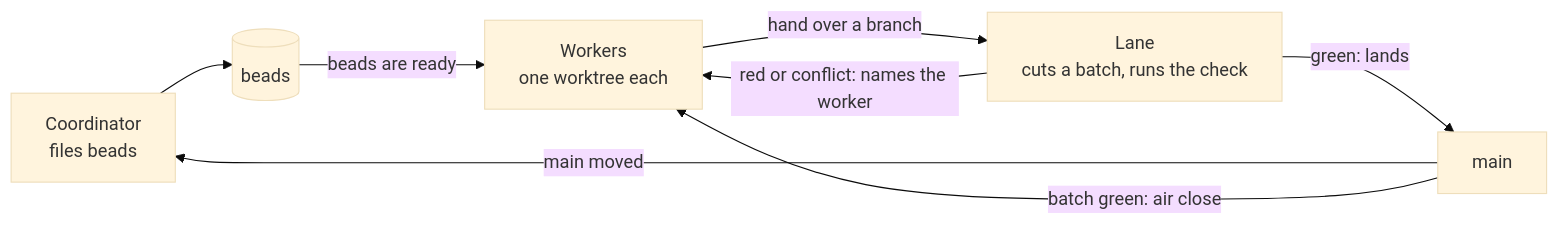
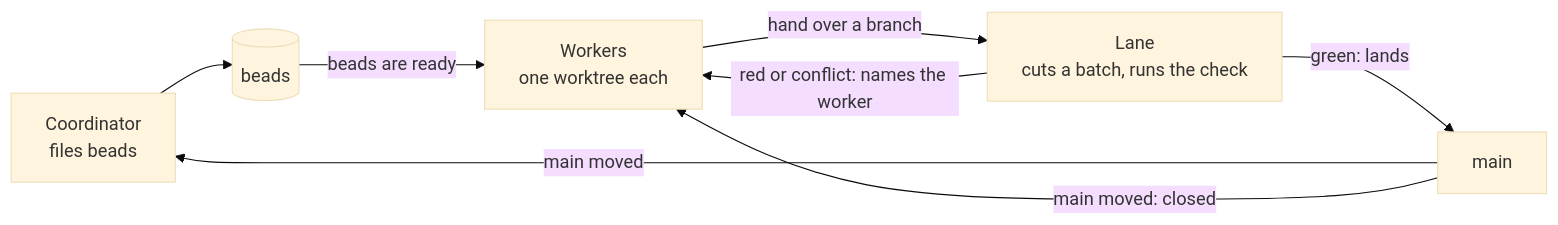
One commit to AJTJ/airunner changed the diagram in README.md. Above: the diagram before and after it, drawn with Mermaid (base theme). The commit also changed other lines of this file and 12 other files, not shown here.

````diff
--- a/README.md
+++ b/README.md
@@ -54,10 +54,10 @@
 ```mermaid
 flowchart LR
     C[Coordinator<br/>files beads] --> Q[(beads)]
     Q -- "beads are ready" --> W[Workers<br/>one worktree each]
     W -- "hand over a branch" --> L[Lane<br/>cuts a batch, runs the check]
     L -- "green: lands" --> M[main]
     L -- "red or conflict: names the worker" --> W
     M -- "main moved" --> C
-    M -- "batch green: air close" --> W
+    M -- "main moved: closed" --> W
 ```
````
